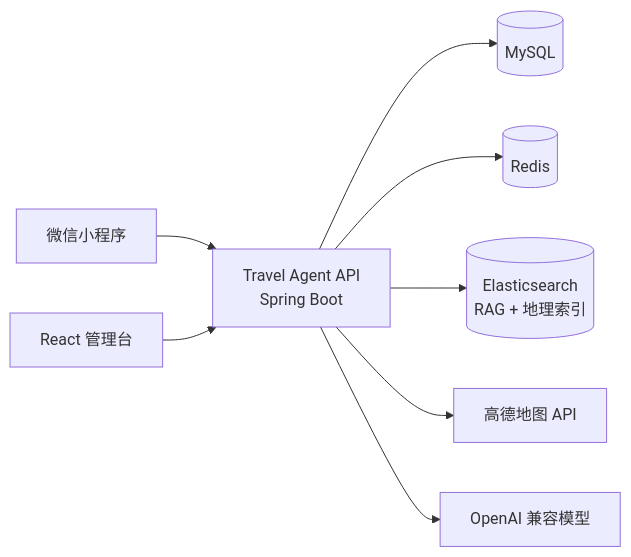
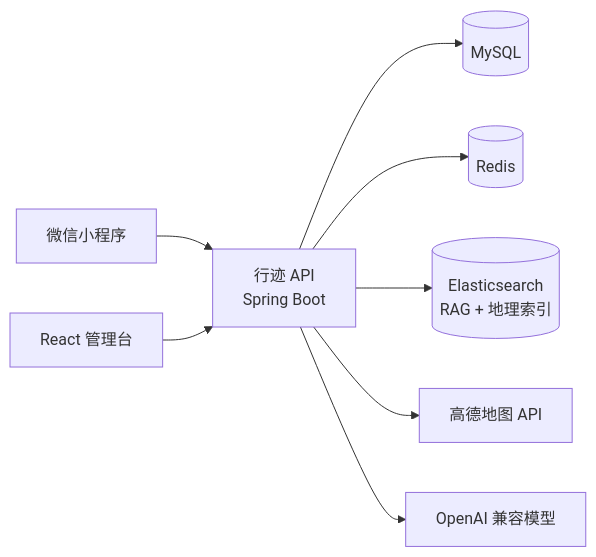
Before and after one commit to NDAKJin/travel-agent: the diagram in README.md, drawn with Mermaid. The commit also changed other lines of this file, not shown here.

````diff
--- a/README.md
+++ b/README.md
@@ -49,19 +49,19 @@
 ```mermaid
 flowchart LR
     mini[微信小程序]
     admin[React 管理台]
-    api[Travel Agent API<br/>Spring Boot]
+    api[行迹 API<br/>Spring Boot]
     mysql[(MySQL)]
     redis[(Redis)]
     es[(Elasticsearch<br/>RAG + 地理索引)]
     amap[高德地图 API]
     model[OpenAI 兼容模型]
 
     mini --> api
     admin --> api
     api --> mysql
     api --> redis
     api --> es
     api --> amap
     api --> model
 ```
````
